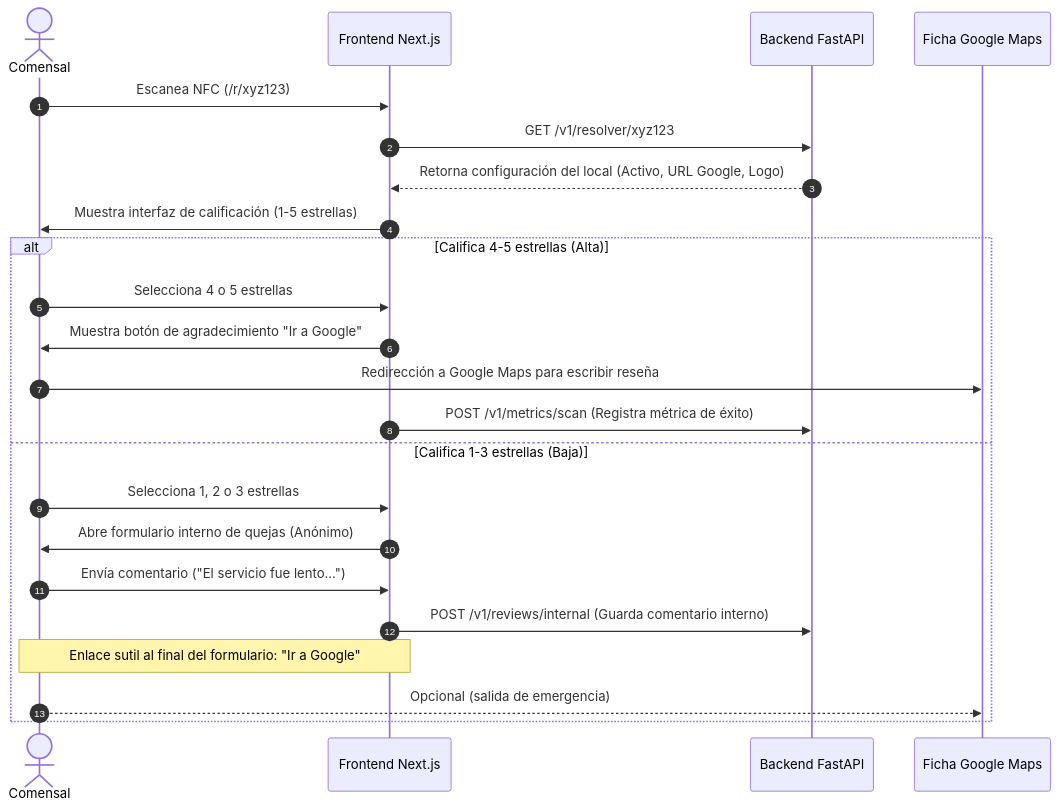
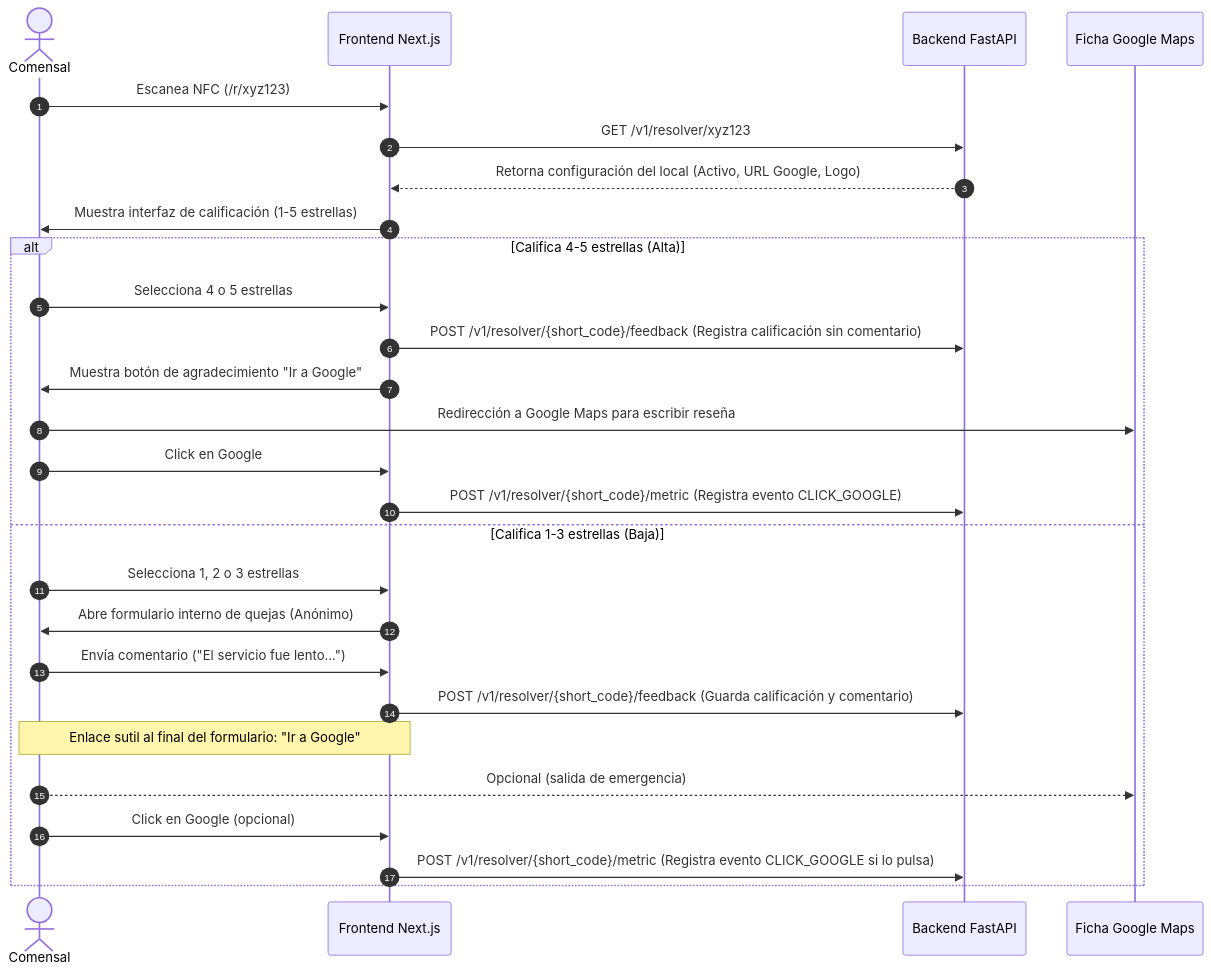
One commit to Gabriel-bot-droid/reviews changed the second of 2 diagrams in documentos/ARCHITECTURE.md. Above: the diagram before and after it, drawn with Mermaid. The commit also changed other lines of this file and 26 other files, not shown here.

````diff
--- a/documentos/ARCHITECTURE.md
+++ b/documentos/ARCHITECTURE.md
@@ -74,27 +74,31 @@
 ```mermaid
 sequenceDiagram
     autonumber
     actor Cliente as Comensal
     participant FE as Frontend Next.js
     participant BE as Backend FastAPI
     participant Google as Ficha Google Maps
 
     Cliente->>FE: Escanea NFC (/r/xyz123)
     FE->>BE: GET /v1/resolver/xyz123
     BE-->>FE: Retorna configuración del local (Activo, URL Google, Logo)
     FE->>Cliente: Muestra interfaz de calificación (1-5 estrellas)
     
     alt Califica 4-5 estrellas (Alta)
         Cliente->>FE: Selecciona 4 o 5 estrellas
+        FE->>BE: POST /v1/resolver/{short_code}/feedback (Registra calificación sin comentario)
         FE->>Cliente: Muestra botón de agradecimiento "Ir a Google"
         Cliente->>Google: Redirección a Google Maps para escribir reseña
-        FE->>BE: POST /v1/metrics/scan (Registra métrica de éxito)
+        Cliente->>FE: Click en Google
+        FE->>BE: POST /v1/resolver/{short_code}/metric (Registra evento CLICK_GOOGLE)
     else Califica 1-3 estrellas (Baja)
         Cliente->>FE: Selecciona 1, 2 o 3 estrellas
         FE->>Cliente: Abre formulario interno de quejas (Anónimo)
         Cliente->>FE: Envía comentario ("El servicio fue lento...")
-        FE->>BE: POST /v1/reviews/internal (Guarda comentario interno)
+        FE->>BE: POST /v1/resolver/{short_code}/feedback (Guarda calificación y comentario)
         Note over FE, Cliente: Enlace sutil al final del formulario: "Ir a Google"
         Cliente-->>Google: Opcional (salida de emergencia)
+        Cliente->>FE: Click en Google (opcional)
+        FE->>BE: POST /v1/resolver/{short_code}/metric (Registra evento CLICK_GOOGLE si lo pulsa)
     end
 ```
````
